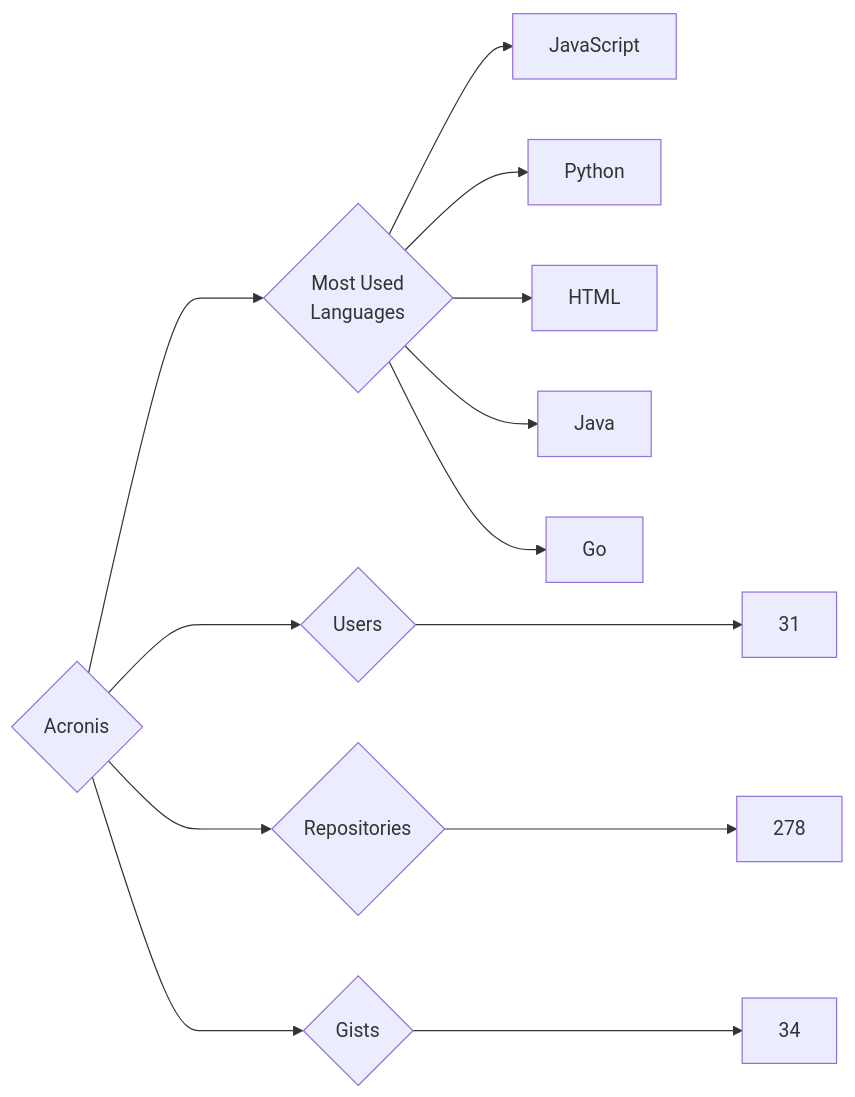
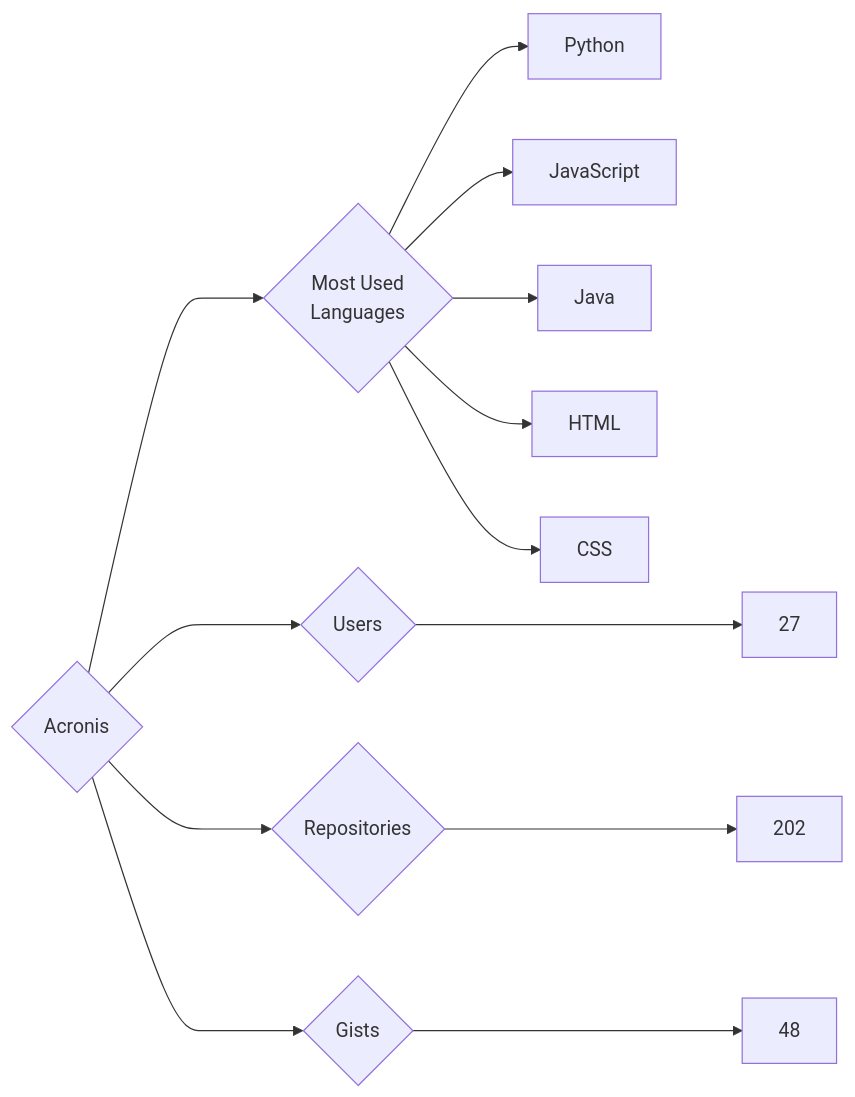
Before and after one commit to trickest/insiders: the diagram in targets/Acronis/README.md, drawn with Mermaid. The commit also changed 772 other files, not shown here.

````diff
--- a/targets/Acronis/README.md
+++ b/targets/Acronis/README.md
@@ -3,13 +3,13 @@
 ```mermaid
 graph LR
 COMPANY_NAME{Acronis}
-COMPANY_NAME ---> U{Users} ---> UN[31]
-COMPANY_NAME ---> R{Repositories} ---> RN[278]
-COMPANY_NAME ---> G{Gists} ---> GN[34]
+COMPANY_NAME ---> U{Users} ---> UN[27]
+COMPANY_NAME ---> R{Repositories} ---> RN[202]
+COMPANY_NAME ---> G{Gists} ---> GN[48]
 COMPANY_NAME ---> ML{Most Used<br>Languages}
+ML --> Python[Python]
 ML --> JavaScript[JavaScript]
-ML --> Python[Python]
+ML --> Java[Java]
 ML --> HTML[HTML]
-ML --> Java[Java]
-ML --> Go[Go]
+ML --> CSS[CSS]
 ```
````
